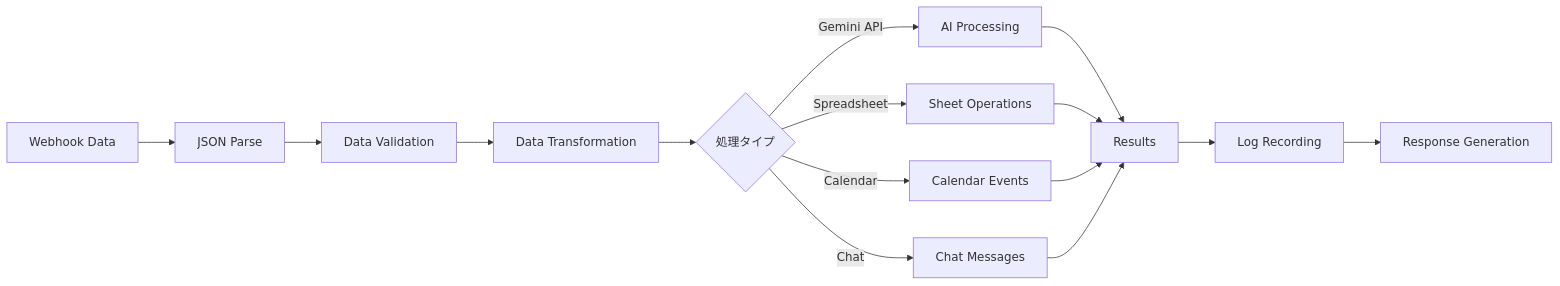
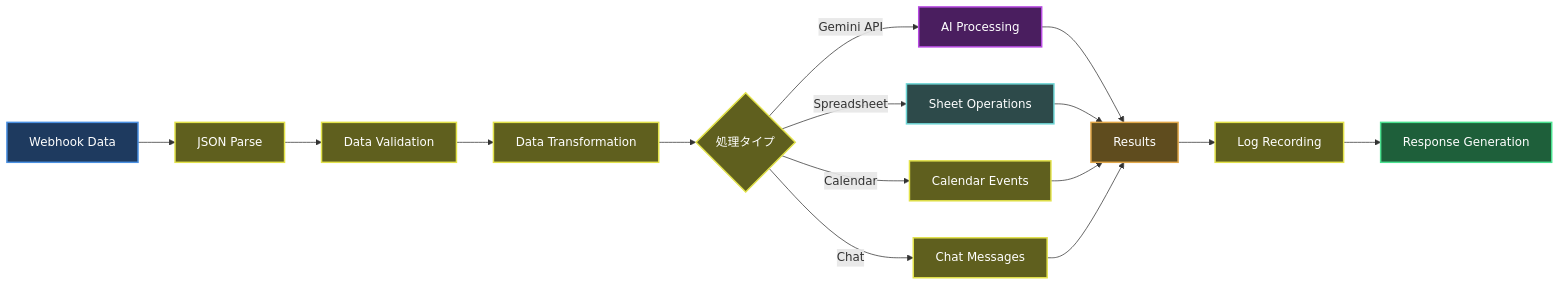
One commit to tasai-lab/appsheet-gas-automation changed the third of 8 diagrams in gas_projects/projects/nursing/Appsheet_訪問看護_計画書問題点/FLOW.md. Above: the diagram before and after it, drawn with Mermaid. The commit also changed other lines of this file and 15 other files, not shown here.

First line of the commit message:
docs: FLOW.mdにダークモード対応配色を適用 - 全15プロジェクト完了

````diff
--- a/gas_projects/projects/nursing/Appsheet_訪問看護_計画書問題点/FLOW.md
+++ b/gas_projects/projects/nursing/Appsheet_訪問看護_計画書問題点/FLOW.md
@@ -71,20 +86,33 @@
 ```mermaid
 flowchart LR
     A[Webhook Data] --> B[JSON Parse]
     B --> C[Data Validation]
     C --> D[Data Transformation]
     D --> E{処理タイプ}
-    
+
     E -->|Gemini API| F[AI Processing]
     E -->|Spreadsheet| G[Sheet Operations]
     E -->|Calendar| H[Calendar Events]
     E -->|Chat| I[Chat Messages]
-    
+
     F --> J[Results]
     G --> J
     H --> J
     I --> J
-    
+
     J --> K[Log Recording]
     K --> L[Response Generation]
+
+    style A fill:#1e3a5f,stroke:#4a90e2,stroke-width:2px,color:#ffffff
+    style B fill:#5f5f1e,stroke:#e2e24a,stroke-width:2px,color:#ffffff
+    style C fill:#5f5f1e,stroke:#e2e24a,stroke-width:2px,color:#ffffff
+    style D fill:#5f5f1e,stroke:#e2e24a,stroke-width:2px,color:#ffffff
+    style E fill:#5f5f1e,stroke:#e2e24a,stroke-width:2px,color:#ffffff
+    style F fill:#4a1e5f,stroke:#b84ae2,stroke-width:2px,color:#ffffff
+    style G fill:#2d4a4a,stroke:#6dd6d6,stroke-width:2px,color:#ffffff
+    style H fill:#5f5f1e,stroke:#e2e24a,stroke-width:2px,color:#ffffff
+    style I fill:#5f5f1e,stroke:#e2e24a,stroke-width:2px,color:#ffffff
+    style J fill:#5f4c1e,stroke:#e2a84a,stroke-width:2px,color:#ffffff
+    style K fill:#5f5f1e,stroke:#e2e24a,stroke-width:2px,color:#ffffff
+    style L fill:#1e5f3a,stroke:#4ae290,stroke-width:2px,color:#ffffff
 ```
````
